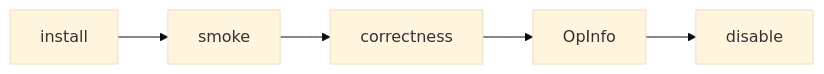
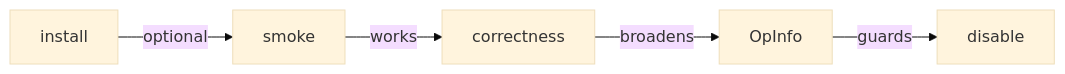
One commit to XiaobingSuper/FlyDSL changed the fourth of 4 diagrams in docs/cutedsl_pytorch_integration_report.md. Above: the diagram before and after it, drawn with Mermaid (base theme). The commit also changed other lines of this file and 1 other file, not shown here.

````diff
--- a/docs/cutedsl_pytorch_integration_report.md
+++ b/docs/cutedsl_pytorch_integration_report.md
@@ -222,7 +258,7 @@
 ```mermaid
 flowchart LR
-    A["install"] --> B["smoke"]
-    B --> C["correctness"]
-    C --> D["OpInfo"]
-    D --> E["disable"]
+    A["install"] -->|optional| B["smoke"]
+    B -->|works| C["correctness"]
+    C -->|broadens| D["OpInfo"]
+    D -->|guards| E["disable"]
 ```
````
